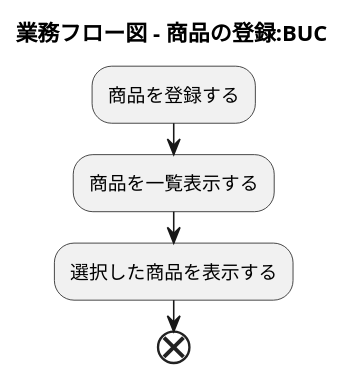
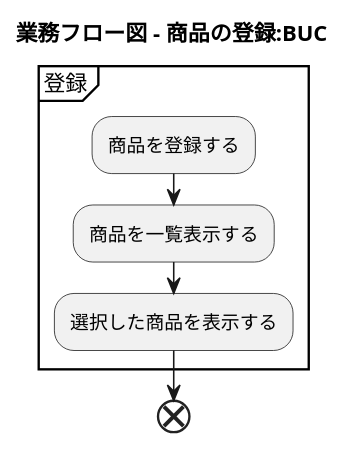
The eighth of 38 diagrams in docs/index.adoc (k2works/application_programing_excercise_2022), drawn with PlantUML before and after one commit. The commit also changed other lines of this file, not shown here.

Commit message:
docs: ユースケース複合図

```diff
--- a/docs/index.adoc
+++ b/docs/index.adoc
@@ -325,15 +325,17 @@
 [plantuml]
 ----
 @startuml
 
 title 業務フロー図 - 商品の登録:BUC
 
 |スタッフ|
-:商品を登録する;
-:商品を一覧表示する;
-:選択した商品を表示する;
+partition 登録 {
+    :商品を登録する;
+    :商品を一覧表示する;
+    :選択した商品を表示する;
+}
 
 end
 
 @enduml
 ----
```
